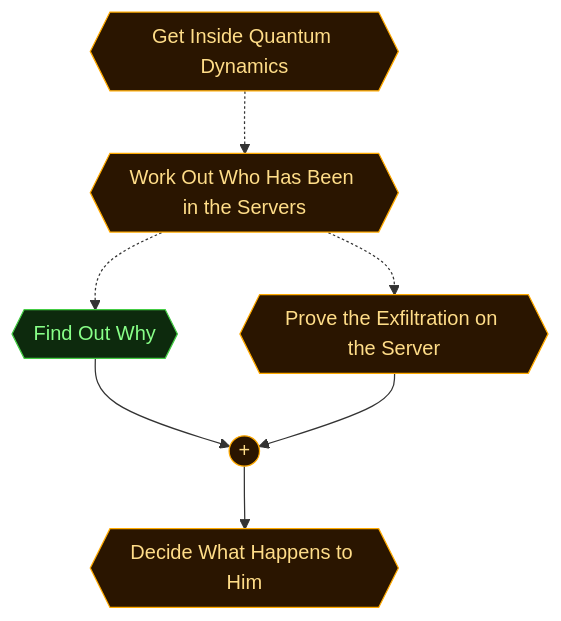
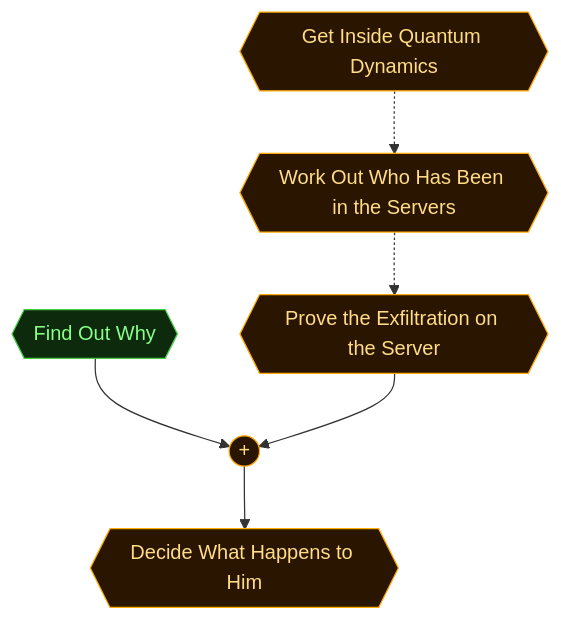
One commit to cliffe/BreakEscape changed the second of 5 diagrams in scenarios/m05_insider_trading/dungeon_graph.md. Above: the diagram before and after it, drawn with Mermaid. The commit also changed other lines of this file and 31 other files, not shown here.

````diff
--- a/scenarios/m05_insider_trading/dungeon_graph.md
+++ b/scenarios/m05_insider_trading/dungeon_graph.md
@@ -157,35 +171,34 @@
 ```mermaid
 flowchart TD
 
   classDef room      fill:#0f2d2d,stroke:#22ddcc,color:#a0ffee
   classDef lock      fill:#2d0f0f,stroke:#e66060,color:#ffa0a0
   classDef key       fill:#2d0812,stroke:#e66060,color:#ffa0a0
   classDef item      fill:#2d1200,stroke:#e89030,color:#ffcc80
   classDef gate      fill:#111,stroke:#666,color:#eee
   classDef vm        fill:#0c1f40,stroke:#4a90d9,color:#a0c8ff
   classDef flag      fill:#1a0c2d,stroke:#9060d0,color:#cc99ff
   classDef action    fill:#1a1200,stroke:#cc9922,color:#ffee88
   classDef aim       fill:#0d2a0d,stroke:#44cc44,color:#88ff88
   classDef aim_gate  fill:#111111,stroke:#44cc44,color:#44cc44
   classDef container fill:#1a2d1a,stroke:#60b060,color:#a0e0a0
   classDef npc       fill:#2d1f0d,stroke:#d0a050,color:#ffe0a0
   classDef critical  fill:#2a1500,stroke:#ffaa00,color:#ffdd88
   classDef start     fill:#003322,stroke:#00ffaa,color:#00ffaa
 
   aim_establish_access{{"Get Inside Quantum Dynamics"}}
   aim_investigate_employees{{"Work Out Who Has Been in the Servers"}}
   aim_gather_evidence{{"Find Out Why"}}
   aim_exploit_infrastructure{{"Prove the Exfiltration on the Server"}}
   aim_confront_insider{{"Decide What Happens to Him"}}
   aim_andgate_confront_insider((" + "))
 
   aim_establish_access -.-> aim_investigate_employees
-  aim_investigate_employees -.-> aim_gather_evidence
   aim_investigate_employees -.-> aim_exploit_infrastructure
   aim_gather_evidence --> aim_andgate_confront_insider
   aim_exploit_infrastructure --> aim_andgate_confront_insider
   aim_andgate_confront_insider --> aim_confront_insider
 
   class aim_establish_access,aim_investigate_employees,aim_exploit_infrastructure,aim_confront_insider,aim_andgate_confront_insider critical
   class aim_gather_evidence aim
 ```
````
